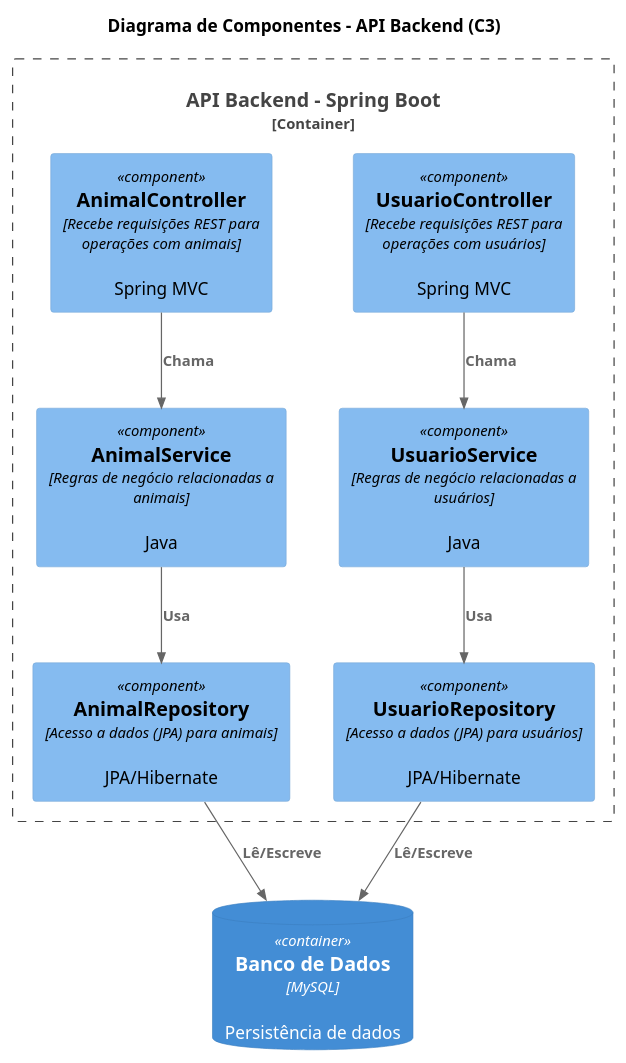
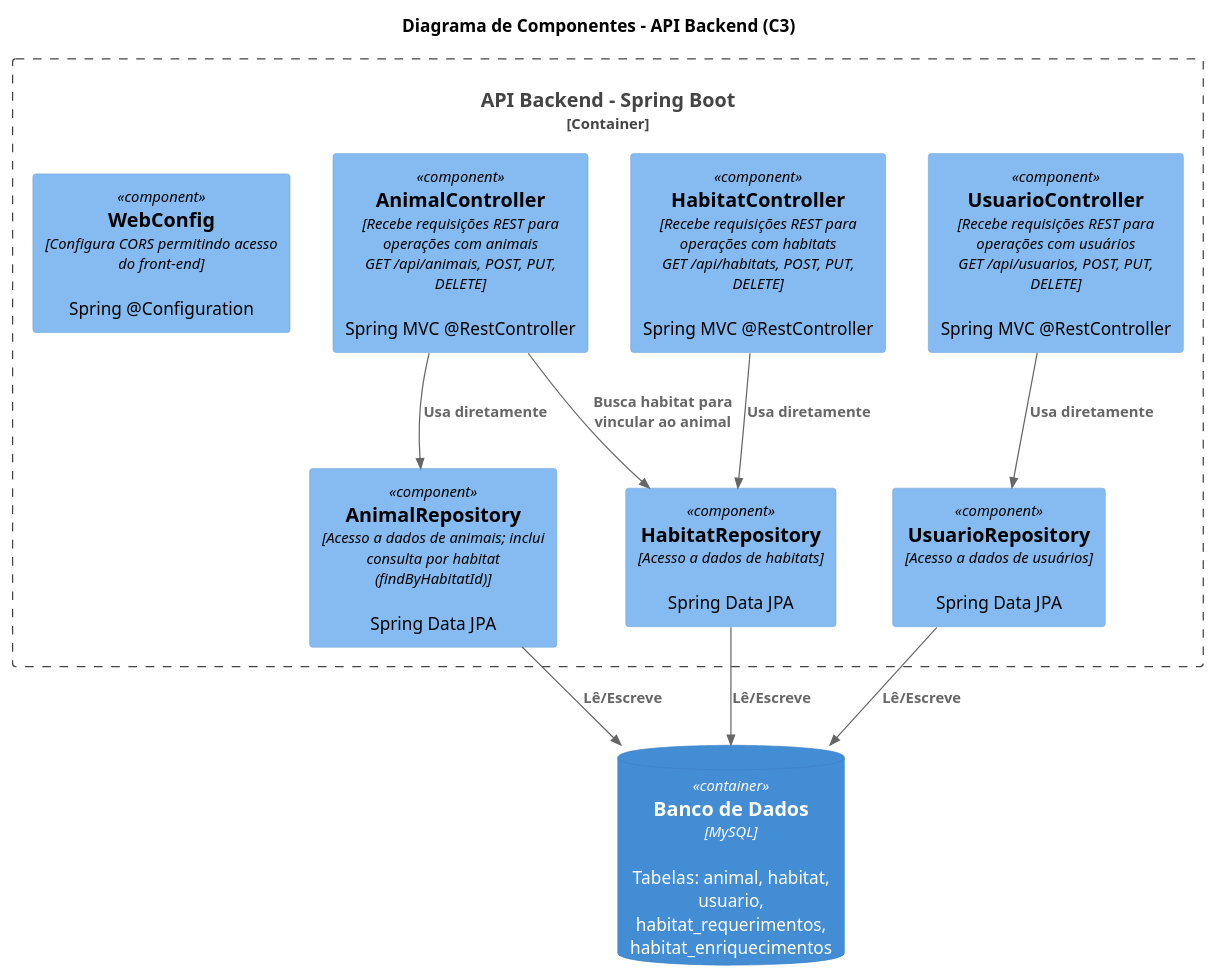
The diagram in Diagramas TCC/Diagrama de Componente.puml (vinicius-gomes-cruz/TCC-ZOO-2026), drawn with PlantUML before and after one commit. The commit also changed 2 other files, not shown here.

Commit message:
Ajuste dos diagramas

```diff
--- a/Diagramas TCC/Diagrama de Componente.puml
+++ b/Diagramas TCC/Diagrama de Componente.puml
@@ -1,29 +1,34 @@
 @startuml
 !include https://raw.githubusercontent.com/plantuml-stdlib/C4-PlantUML/master/C4_Component.puml
 title Diagrama de Componentes - API Backend (C3)
 
 ' Componentes dentro do container API
 Container_Boundary(API_Container, "API Backend - Spring Boot") {
-    Component(AnimalController, "AnimalController", "Recebe requisições REST para operações com animais", "Spring MVC")
-    Component(UsuarioController, "UsuarioController", "Recebe requisições REST para operações com usuários", "Spring MVC")
 
-    Component(AnimalService, "AnimalService", "Regras de negócio relacionadas a animais", "Java")
-    Component(UsuarioService, "UsuarioService", "Regras de negócio relacionadas a usuários", "Java")
+    ' Controllers (camada de entrada REST)
+    Component(AnimalController, "AnimalController", "Recebe requisições REST para operações com animais\nGET /api/animais, POST, PUT, DELETE", "Spring MVC @RestController")
+    Component(HabitatController, "HabitatController", "Recebe requisições REST para operações com habitats\nGET /api/habitats, POST, PUT, DELETE", "Spring MVC @RestController")
+    Component(UsuarioController, "UsuarioController", "Recebe requisições REST para operações com usuários\nGET /api/usuarios, POST, PUT, DELETE", "Spring MVC @RestController")
 
-    Component(AnimalRepository, "AnimalRepository", "Acesso a dados (JPA) para animais", "JPA/Hibernate")
-    Component(UsuarioRepository, "UsuarioRepository", "Acesso a dados (JPA) para usuários", "JPA/Hibernate")
+    ' Repositories (camada de acesso a dados)
+    Component(AnimalRepository, "AnimalRepository", "Acesso a dados de animais; inclui consulta por habitat (findByHabitatId)", "Spring Data JPA")
+    Component(HabitatRepository, "HabitatRepository", "Acesso a dados de habitats", "Spring Data JPA")
+    Component(UsuarioRepository, "UsuarioRepository", "Acesso a dados de usuários", "Spring Data JPA")
+
+    ' Configuração
+    Component(WebConfig, "WebConfig", "Configura CORS permitindo acesso do front-end", "Spring @Configuration")
 }
 
-ContainerDb(DB, "Banco de Dados", "MySQL", "Persistência de dados")
+ContainerDb(DB, "Banco de Dados", "MySQL", "Tabelas: animal, habitat, usuario,\nhabitat_requerimentos, habitat_enriquecimentos")
 
-' Relacionamentos principais
-Rel(AnimalController, AnimalService, "Chama")
-Rel(UsuarioController, UsuarioService, "Chama")
-
-Rel(AnimalService, AnimalRepository, "Usa")
-Rel(UsuarioService, UsuarioRepository, "Usa")
+' Controllers chamam diretamente os repositories (sem camada de serviço)
+Rel(AnimalController, AnimalRepository, "Usa diretamente")
+Rel(AnimalController, HabitatRepository, "Busca habitat para vincular ao animal")
+Rel(HabitatController, HabitatRepository, "Usa diretamente")
+Rel(UsuarioController, UsuarioRepository, "Usa diretamente")
 
 Rel(AnimalRepository, DB, "Lê/Escreve")
+Rel(HabitatRepository, DB, "Lê/Escreve")
 Rel(UsuarioRepository, DB, "Lê/Escreve")
 
 @enduml
```
